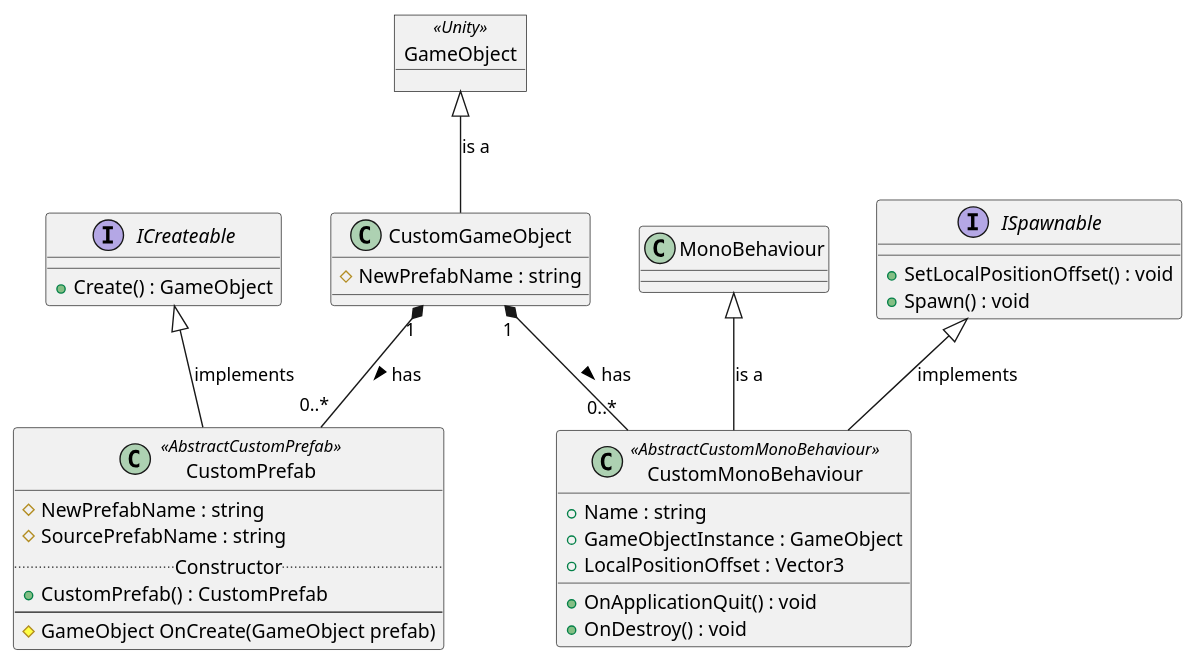
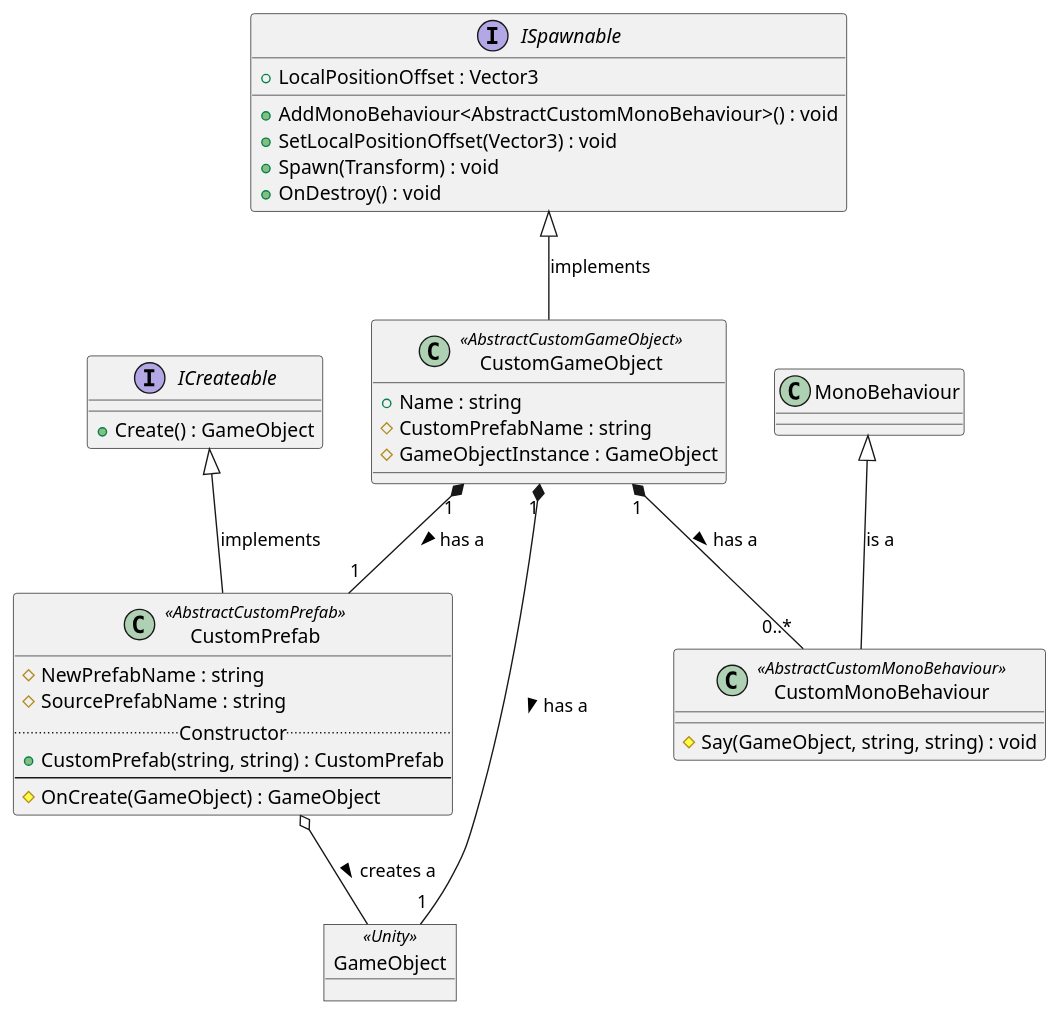
The diagram in OdinPlusRemakeJVL/_Uml/GameObjectDiagram.puml (Digitalroot-Valheim/OdinPlusRemakeJVL), drawn with PlantUML before and after one commit. The commit also changed 29 other files, not shown here.

First line of the commit message:
Inverting GameObject <-> MonoBehaviour <-> Prefab relationship worked. Hover text works as expected. Shaman has headdress and Staff back.

```diff
--- a/OdinPlusRemakeJVL/_Uml/GameObjectDiagram.puml
+++ b/OdinPlusRemakeJVL/_Uml/GameObjectDiagram.puml
@@ -1,44 +1,45 @@
 @startuml
 
 object GameObject <<Unity>>
 
 interface ISpawnable {
-	+SetLocalPositionOffset() : void
-	+Spawn() : void
+	+LocalPositionOffset : Vector3 
+	+AddMonoBehaviour<AbstractCustomMonoBehaviour>() : void
+	+SetLocalPositionOffset(Vector3) : void
+	+Spawn(Transform) : void
+	+OnDestroy() : void 
 }
 
 interface ICreateable {
 	+Create() : GameObject
 }
 
-class CustomGameObject {
-	#NewPrefabName : string
+class CustomGameObject <<AbstractCustomGameObject>> {
+	+Name : string
+	#CustomPrefabName : string 
+	#GameObjectInstance : GameObject
 }
-
 
 class CustomPrefab <<AbstractCustomPrefab>> {
 	#NewPrefabName : string
 	#SourcePrefabName : string
 	.. Constructor ..
-	+CustomPrefab() : CustomPrefab
+	+CustomPrefab(string, string) : CustomPrefab
 	--
-	#GameObject OnCreate(GameObject prefab)
+	#OnCreate(GameObject) : GameObject 
 }
 
 class CustomMonoBehaviour <<AbstractCustomMonoBehaviour>> {
-	+Name : string
-	+GameObjectInstance : GameObject
-	+LocalPositionOffset : Vector3
-	
-	+OnApplicationQuit() : void
-	+OnDestroy() : void
+	#Say(GameObject, string, string) : void
+
 }
 
-GameObject <|-- CustomGameObject : is a
-CustomGameObject "1" *-- "0..*" CustomPrefab : has >
+CustomGameObject "1" *-- "1" GameObject : has a >
+CustomGameObject "1" *-- "1" CustomPrefab : has a >
 ICreateable <|-- CustomPrefab : implements
+CustomPrefab o-- GameObject : creates a >
 MonoBehaviour <|-- CustomMonoBehaviour : is a
-ISpawnable <|-- CustomMonoBehaviour : implements
-CustomGameObject "1" *-- "0..*" CustomMonoBehaviour : has >
+ISpawnable <|-- CustomGameObject : implements
+CustomGameObject "1" *-- "0..*" CustomMonoBehaviour : has a >
 
 @enduml
```
